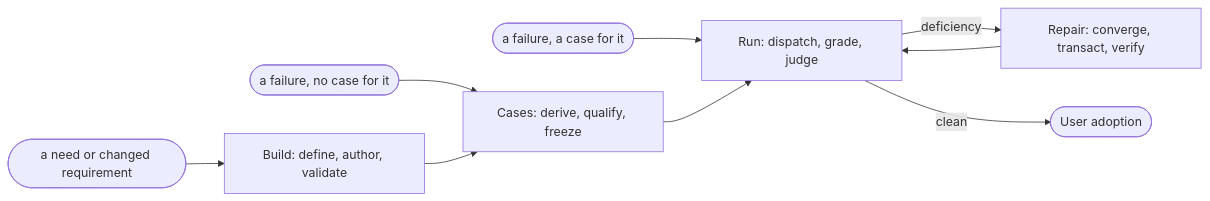
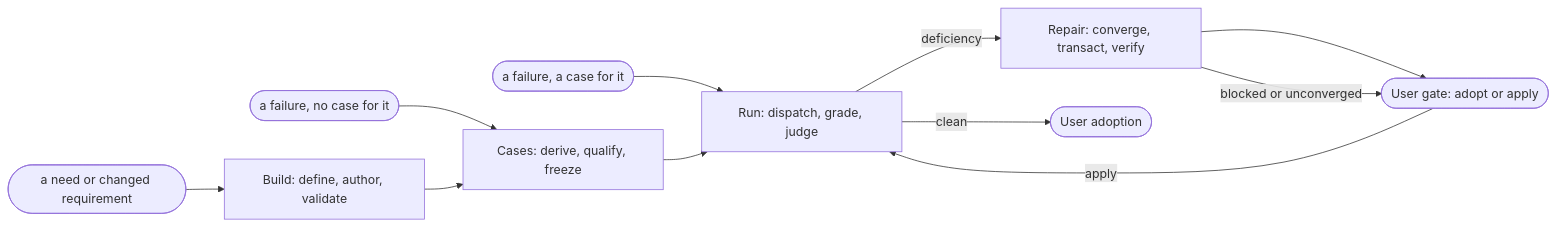
The diagram in skill/SKILL.md (danlavee/skill-wiz), drawn with Mermaid before and after one commit. The commit also changed other lines of this file and 6 other files, not shown here.

````diff
--- a/skill/SKILL.md
+++ b/skill/SKILL.md
@@ -32,12 +35,14 @@
 ```mermaid
 flowchart LR
   N([a need or changed requirement]) --> B
   S([a failure, no case for it]) --> C
   Q([a failure, a case for it]) --> R
 
   B[Build: define, author, validate] --> C
   C[Cases: derive, qualify, freeze] --> R
   R[Run: dispatch, grade, judge] -->|deficiency| P
-  P[Repair: converge, transact, verify] --> R
+  P[Repair: converge, transact, verify] --> G
   R -->|clean| U([User adoption])
+  G([User gate: adopt or apply]) -->|apply| R
+  P -->|blocked or unconverged| G
 ```
````
